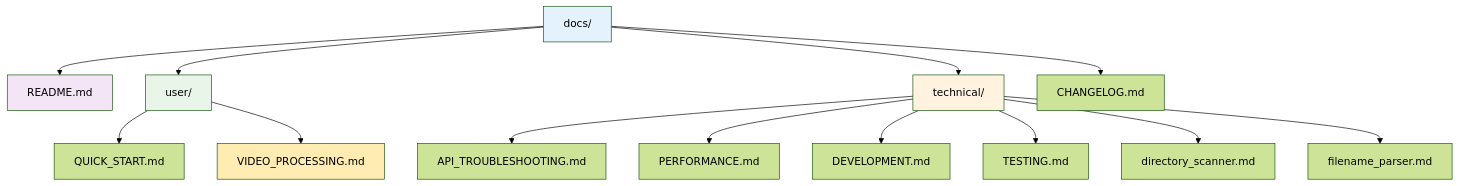
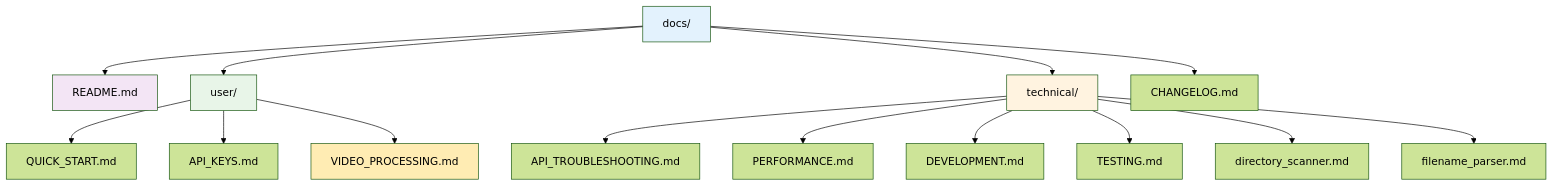
Before and after one commit to DouglasMacKrell/mpv-scraper: the diagram in docs/README.md, drawn with Mermaid (forest theme). The commit also changed other lines of this file and 2 other files, not shown here.

First line of the commit message:
docs: add API keys acquisition guide for first-time users

````diff
--- a/docs/README.md
+++ b/docs/README.md
@@ -7,23 +7,24 @@
 ```mermaid
 graph TD
     A[docs/] --> B[README.md]
     A --> C[user/]
     A --> D[technical/]
     A --> E[CHANGELOG.md]
 
     C --> F[QUICK_START.md]
+    C --> F2[API_KEYS.md]
     C --> G[VIDEO_PROCESSING.md]
 
     D --> H[API_TROUBLESHOOTING.md]
     D --> I[PERFORMANCE.md]
     D --> J[DEVELOPMENT.md]
     D --> K[TESTING.md]
     D --> L[directory_scanner.md]
     D --> M[filename_parser.md]
 
     style A fill:#e3f2fd
     style C fill:#e8f5e8
     style D fill:#fff3e0
     style B fill:#f3e5f5
     style G fill:#ffecb3
 ```
````
